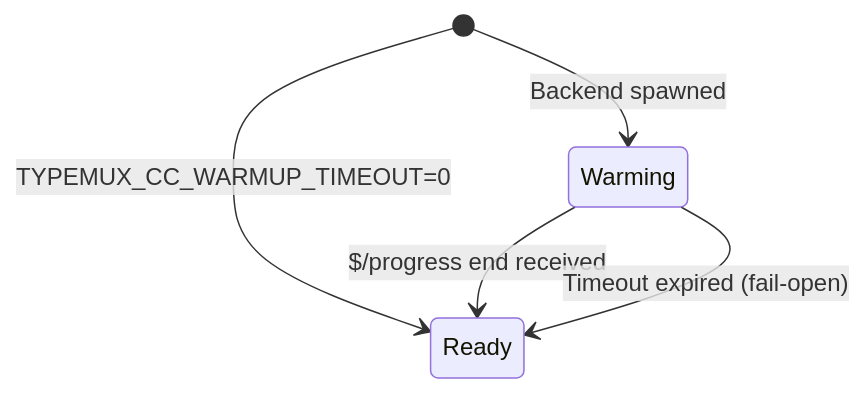
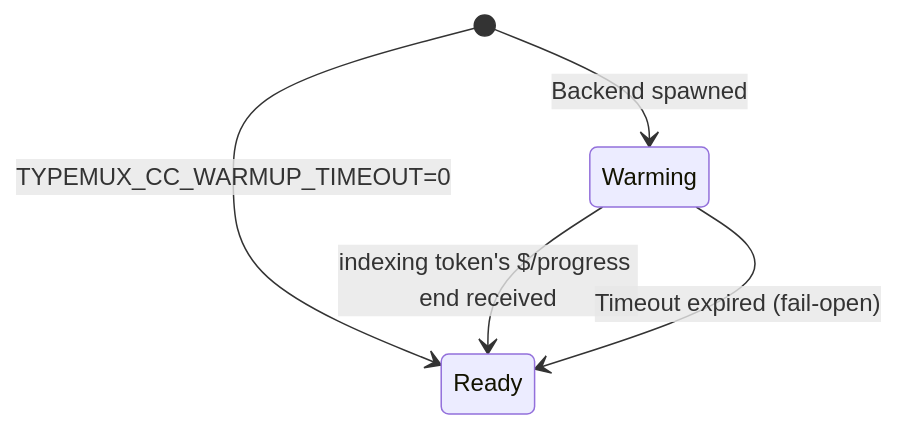
Before and after one commit to K-dash/pyright-lsp-proxy: the second of 7 diagrams in docs/ARCHITECTURE.md, drawn with Mermaid. The commit also changed other lines of this file and 9 other files, not shown here.

First line of the commit message:
fix: namespace progress tokens per backend and gate warmup on the indexing token (#133)

````diff
--- a/docs/ARCHITECTURE.md
+++ b/docs/ARCHITECTURE.md
@@ -181,8 +189,8 @@
 ```mermaid
 stateDiagram-v2
     [*] --> Warming: Backend spawned
     [*] --> Ready: TYPEMUX_CC_WARMUP_TIMEOUT=0
 
-    Warming --> Ready: $/progress end received
+    Warming --> Ready: indexing token's $/progress end received
     Warming --> Ready: Timeout expired (fail-open)
 ```
````
